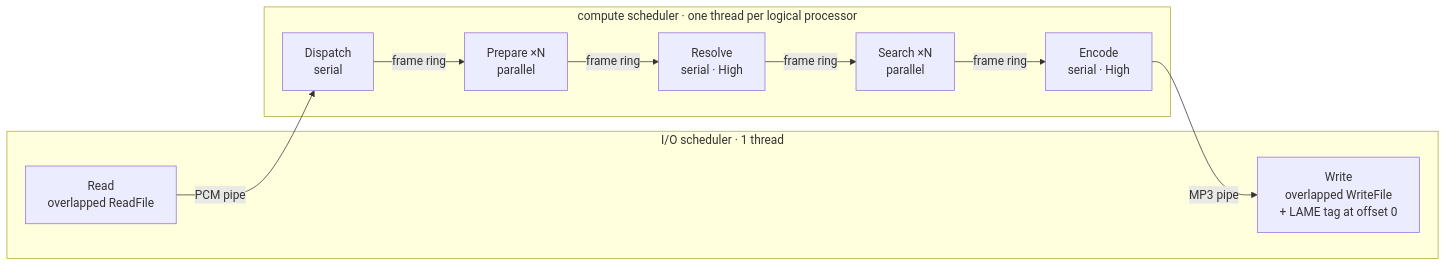
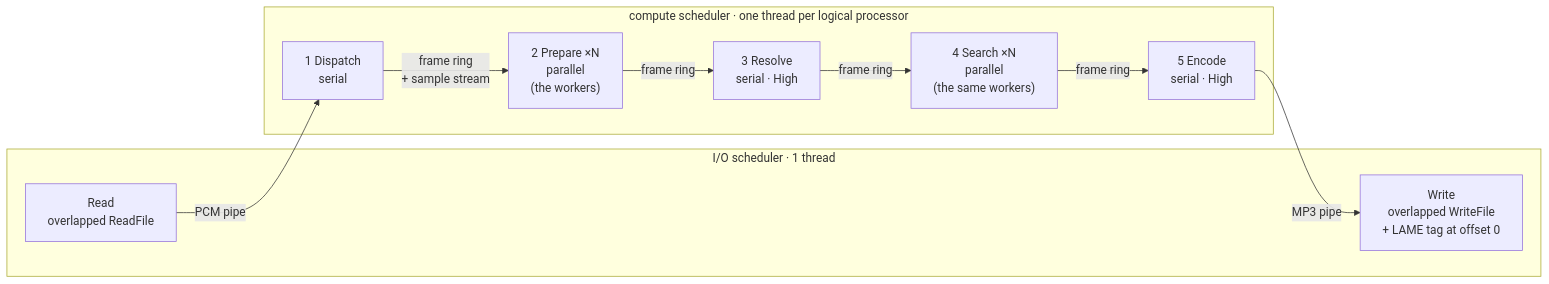
One commit to ThinkMeta-com/ThinkMeta.ConcurrentTasks.Samples changed the eighth of 8 diagrams in ctLame/docs/task-graph.md. Above: the diagram before and after it, drawn with Mermaid. The commit also changed other lines of this file and 700 other files, not shown here.

````diff
--- a/ctLame/docs/task-graph.md
+++ b/ctLame/docs/task-graph.md
@@ -210,20 +271,20 @@
 ```mermaid
 flowchart LR
     subgraph io ["I/O scheduler · 1 thread"]
         R["Read<br/>overlapped ReadFile"]
         W["Write<br/>overlapped WriteFile<br/>+ LAME tag at offset 0"]
     end
     subgraph cpu ["compute scheduler · one thread per logical processor"]
-        D["Dispatch<br/>serial"]
-        P["Prepare ×N<br/>parallel"]
-        V["Resolve<br/>serial · High"]
-        S["Search ×N<br/>parallel"]
-        E["Encode<br/>serial · High"]
+        D["1 Dispatch<br/>serial"]
+        P["2 Prepare ×N<br/>parallel<br/>(the workers)"]
+        V["3 Resolve<br/>serial · High"]
+        S["4 Search ×N<br/>parallel<br/>(the same workers)"]
+        E["5 Encode<br/>serial · High"]
     end
     R -- "PCM pipe" --> D
-    D -- "frame ring" --> P
+    D -- "frame ring<br/>+ sample stream" --> P
     P -- "frame ring" --> V
     V -- "frame ring" --> S
     S -- "frame ring" --> E
     E -- "MP3 pipe" --> W
 ```
````
